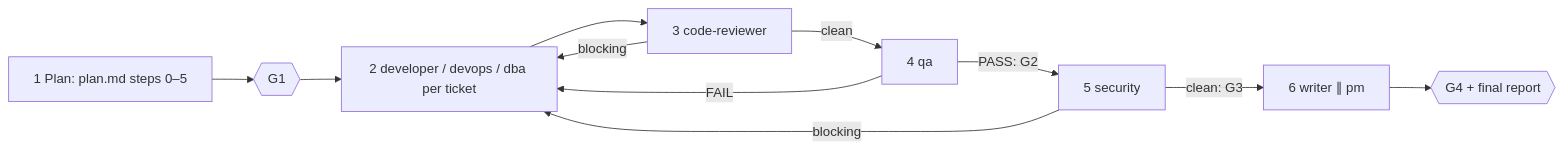
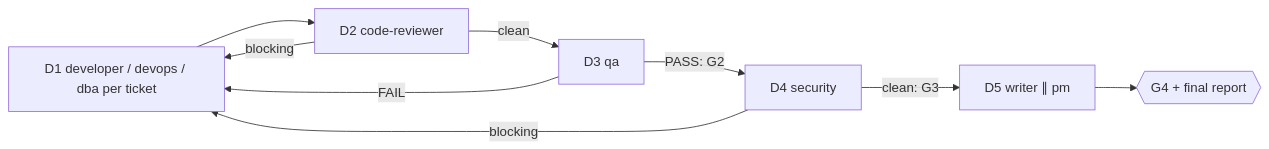
One commit to Tuan-Quyen/technical-teams changed the third of 4 diagrams in commands/feature.md. Above: the diagram before and after it, drawn with Mermaid. The commit also changed other lines of this file and 23 other files, not shown here.

````diff
--- a/commands/feature.md
+++ b/commands/feature.md
@@ -41,13 +95,11 @@
 ```mermaid
 flowchart LR
-  P[1 Plan: plan.md steps 0–5] --> G1{{G1}}
-  G1 --> D[2 developer / devops / dba per ticket]
-  D --> CR[3 code-reviewer]
+  D[D1 developer / devops / dba per ticket] --> CR[D2 code-reviewer]
   CR -- blocking --> D
-  CR -- clean --> Q[4 qa]
+  CR -- clean --> Q[D3 qa]
   Q -- FAIL --> D
-  Q -- PASS: G2 --> SEC[5 security]
+  Q -- PASS: G2 --> SEC[D4 security]
   SEC -- blocking --> D
-  SEC -- clean: G3 --> W[6 writer ∥ pm]
+  SEC -- clean: G3 --> W[D5 writer ∥ pm]
   W --> G4{{G4 + final report}}
 ```
````
